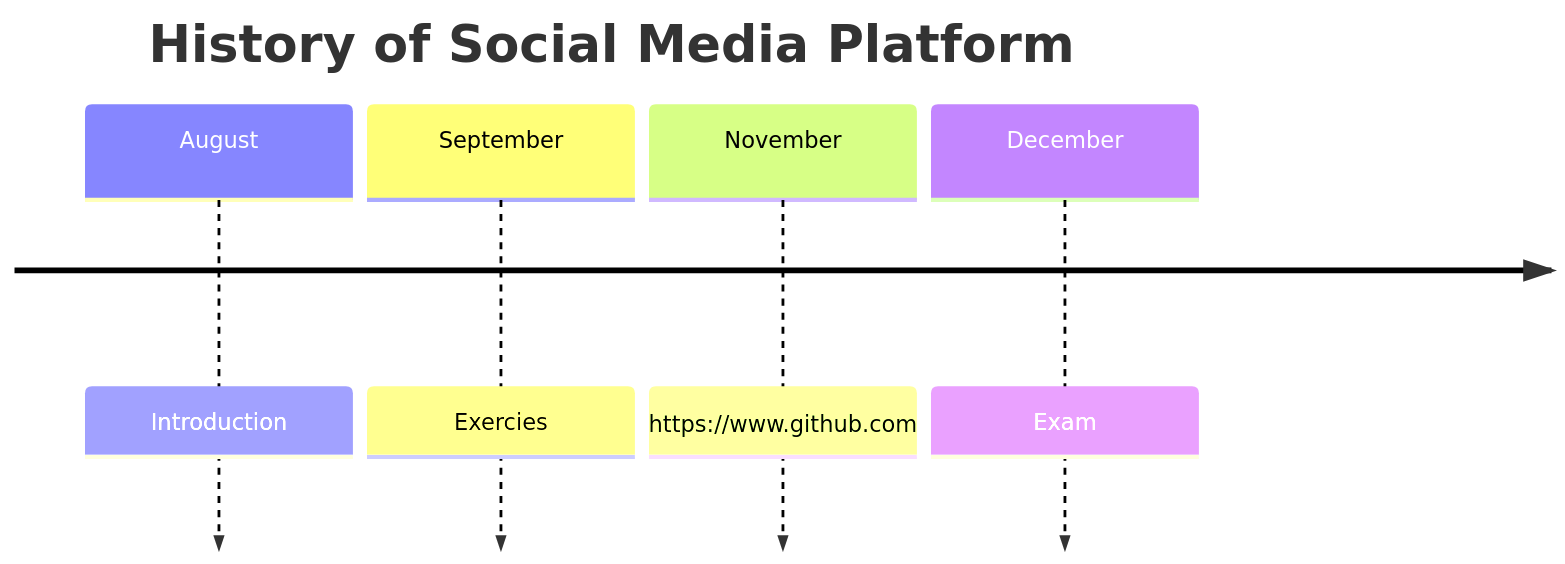
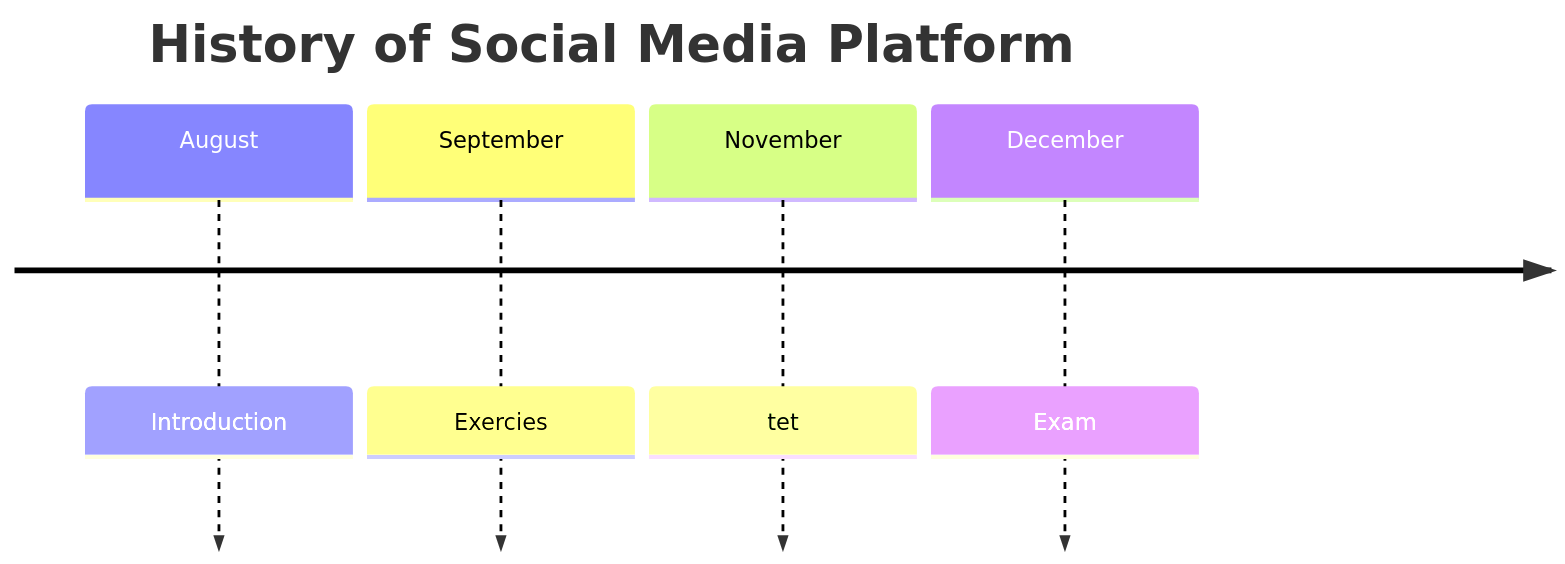
Before and after one commit to fys4220/test: the diagram in README.md, drawn with Mermaid.

````diff
--- a/README.md
+++ b/README.md
@@ -4,8 +4,8 @@
 ```mermaid
 timeline
     title History of Social Media Platform
     August : Introduction
     September : Exercies
-    November : https://www.github.com
+    November : tet
     December : Exam
 ```
````
